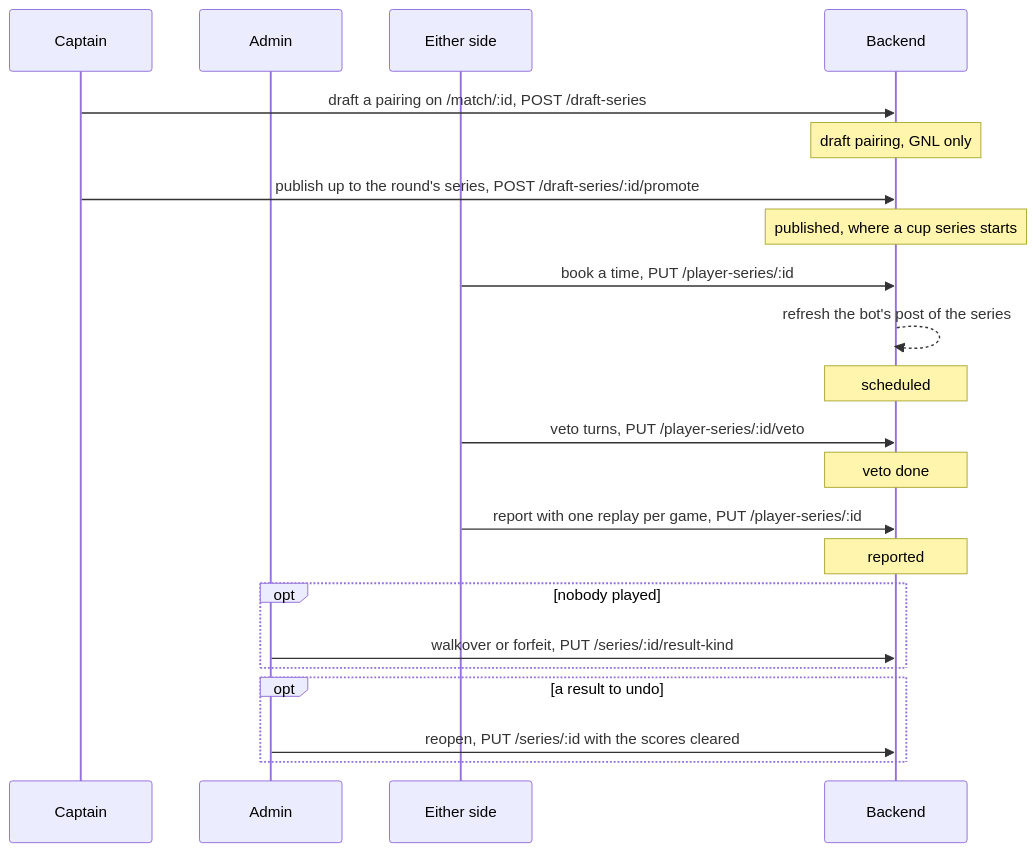
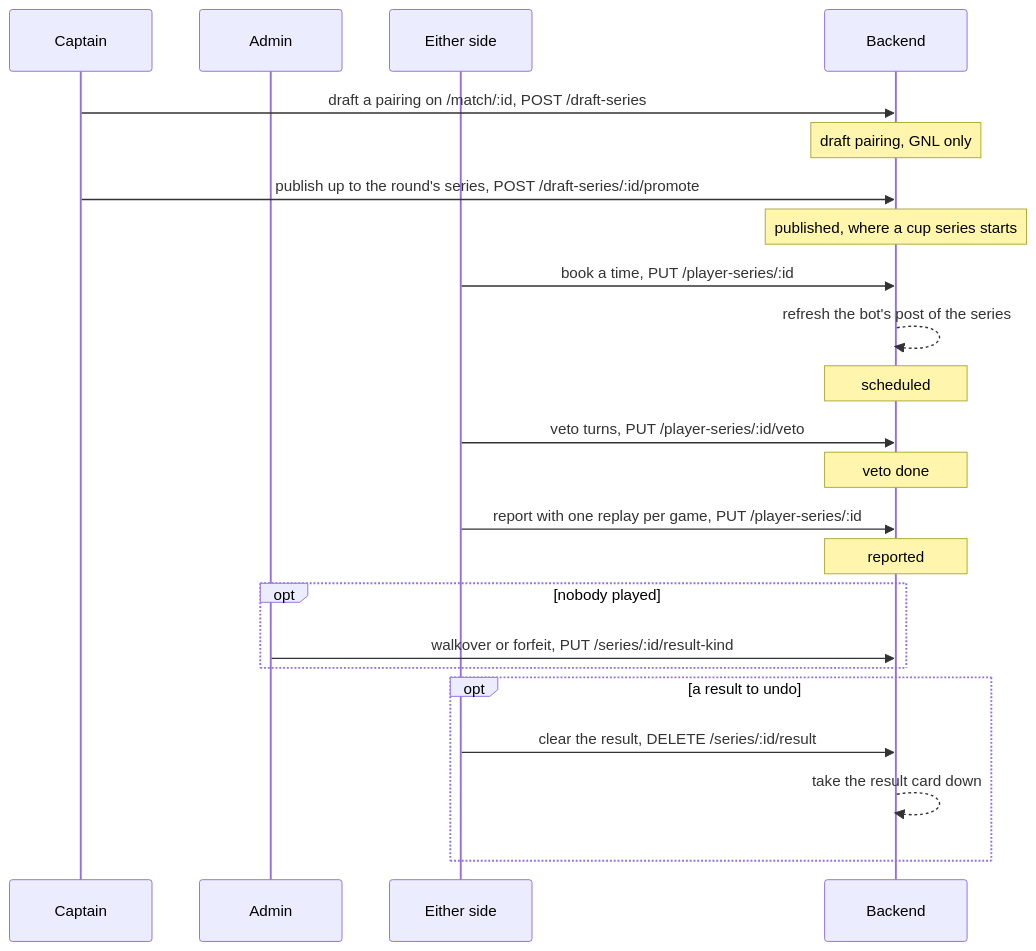
The diagram in docs/okf/flows/series-lifecycle.md (Warcraft-Gym/wc3-gym-frontend), drawn with Mermaid before and after one commit. The commit also changed other lines of this file and 13 other files, not shown here.

First line of the commit message:
Give captains the admin's series actions on their team's match, and Clear result

````diff
--- a/docs/okf/flows/series-lifecycle.md
+++ b/docs/okf/flows/series-lifecycle.md
@@ -40,24 +40,25 @@
 ```mermaid
 sequenceDiagram
     participant Captain
     participant Admin
     participant Sides as Either side
     participant Backend
     Captain->>Backend: draft a pairing on /match/:id, POST /draft-series
     Note over Backend: draft pairing, GNL only
     Captain->>Backend: publish up to the round's series, POST /draft-series/:id/promote
     Note over Backend: published, where a cup series starts
     Sides->>Backend: book a time, PUT /player-series/:id
     Backend-->>Backend: refresh the bot's post of the series
     Note over Backend: scheduled
     Sides->>Backend: veto turns, PUT /player-series/:id/veto
     Note over Backend: veto done
     Sides->>Backend: report with one replay per game, PUT /player-series/:id
     Note over Backend: reported
     opt nobody played
         Admin->>Backend: walkover or forfeit, PUT /series/:id/result-kind
     end
     opt a result to undo
-        Admin->>Backend: reopen, PUT /series/:id with the scores cleared
+        Sides->>Backend: clear the result, DELETE /series/:id/result
+        Backend-->>Backend: take the result card down
     end
 ```
````
